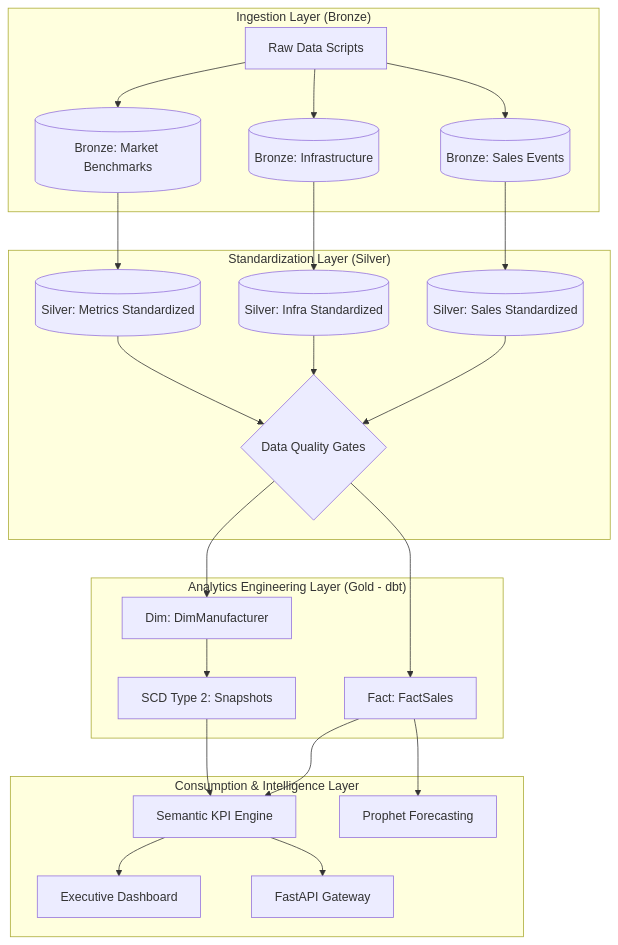
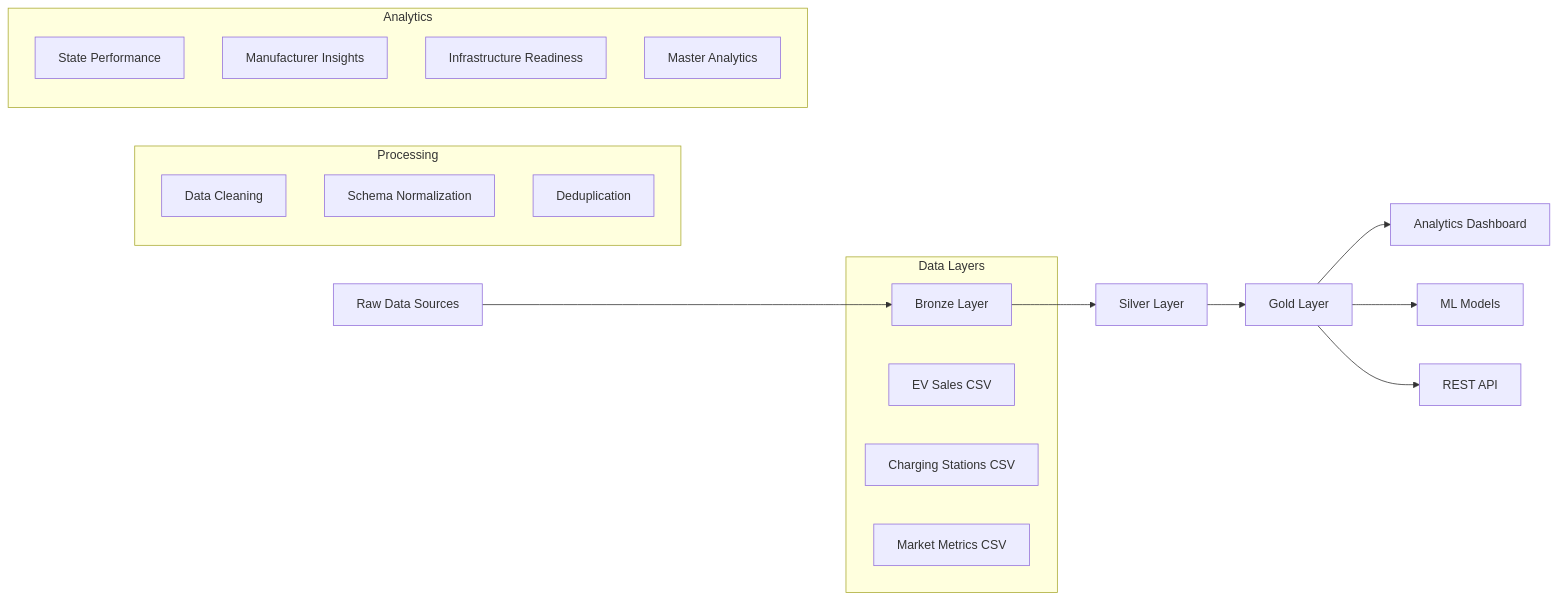
One commit to prachichoudhary2004/EV-Intelligence-Analytics-Platform changed the first of 2 diagrams in README.md. Above: the diagram before and after it, drawn with Mermaid. The commit also changed other lines of this file, not shown here.

Commit message:
docs: Final README evolution - Integrated professional enterprise architecture and performance metrics

````diff
--- a/README.md
+++ b/README.md
@@ -21,29 +93,29 @@
 ```mermaid
-graph TD
-    subgraph "Ingestion Layer (Bronze)"
-        RAW[Raw Data Scripts] --> B1[(Bronze: Sales Events)]
-        RAW --> B2[(Bronze: Infrastructure)]
-        RAW --> B3[(Bronze: Market Benchmarks)]
+graph LR
+    A[Raw Data Sources] --> B[Bronze Layer]
+    B --> C[Silver Layer]
+    C --> D[Gold Layer]
+    D --> E[Analytics Dashboard]
+    D --> F[ML Models]
+    D --> G[REST API]
+    
+    subgraph "Data Layers"
+        B
+        B1[EV Sales CSV]
+        B2[Charging Stations CSV]
+        B3[Market Metrics CSV]
     end
-
-    subgraph "Standardization Layer (Silver)"
-        B1 --> S1[(Silver: Sales Standardized)]
-        B2 --> S2[(Silver: Infra Standardized)]
-        B3 --> S3[(Silver: Metrics Standardized)]
-        S1 & S2 & S3 --> DQ{Data Quality Gates}
+    
+    subgraph "Processing"
+        C1[Data Cleaning]
+        C2[Schema Normalization]
+        C3[Deduplication]
     end
-
-    subgraph "Analytics Engineering Layer (Gold - dbt)"
-        DQ --> FCT[Fact: FactSales]
-        DQ --> DIM[Dim: DimManufacturer]
-        DIM --> SNP[SCD Type 2: Snapshots]
-    end
-
-    subgraph "Consumption & Intelligence Layer"
-        FCT --> KPI[Semantic KPI Engine]
-        SNP --> KPI
-        KPI --> Dash[Executive Dashboard]
-        KPI --> API[FastAPI Gateway]
-        FCT --> ML[Prophet Forecasting]
+    
+    subgraph "Analytics"
+        D1[State Performance]
+        D2[Manufacturer Insights]
+        D3[Infrastructure Readiness]
+        D4[Master Analytics]
     end
 ```
````
